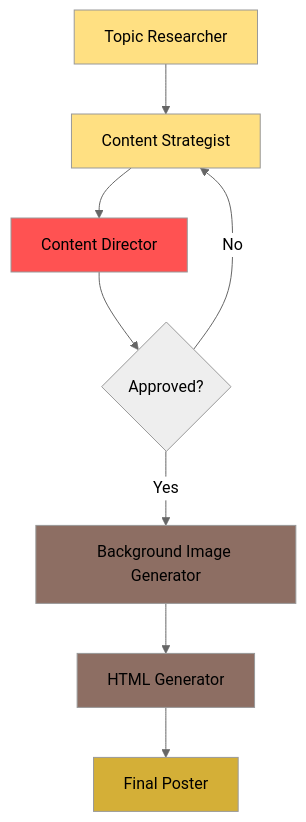
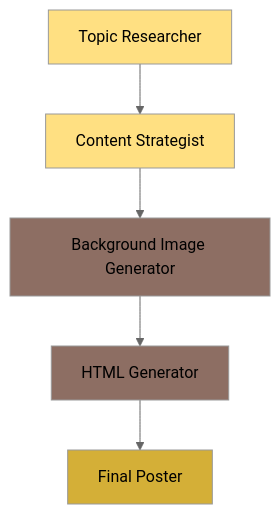
One commit to Tetrissoft/socila_media_automation changed the diagram in social-media/bakemeawish/WORKFLOW.md. Above: the diagram before and after it, drawn with Mermaid (neutral theme). The commit also changed other lines of this file and 6 other files, not shown here.

````diff
--- a/social-media/bakemeawish/WORKFLOW.md
+++ b/social-media/bakemeawish/WORKFLOW.md
@@ -9,17 +9,13 @@
 ```mermaid
 flowchart TD
     A[Topic Researcher] --> B[Content Strategist]
-    B --> C[Content Director]
-    C --> D{Approved?}
-    D -->|Yes| E[Background Image Generator]
-    D -->|No| B
-    E --> F[HTML Generator]
-    F --> G[Final Poster]
+    B --> C[Background Image Generator]
+    C --> D[HTML Generator]
+    D --> E[Final Poster]
     
     style A fill:#ffe082
     style B fill:#ffe082
-    style C fill:#ff5252
-    style E fill:#8d6e63
-    style F fill:#8d6e63
-    style G fill:#d4af37
+    style C fill:#8d6e63
+    style D fill:#8d6e63
+    style E fill:#d4af37
 ```
````
